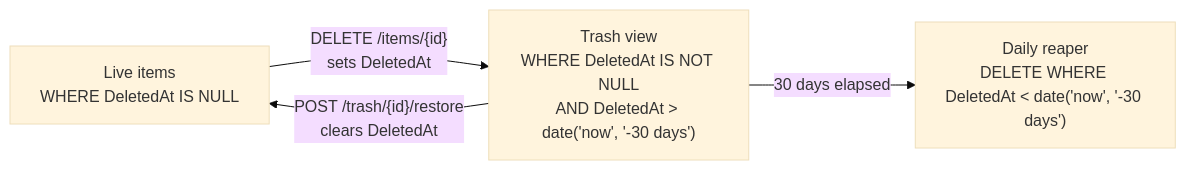
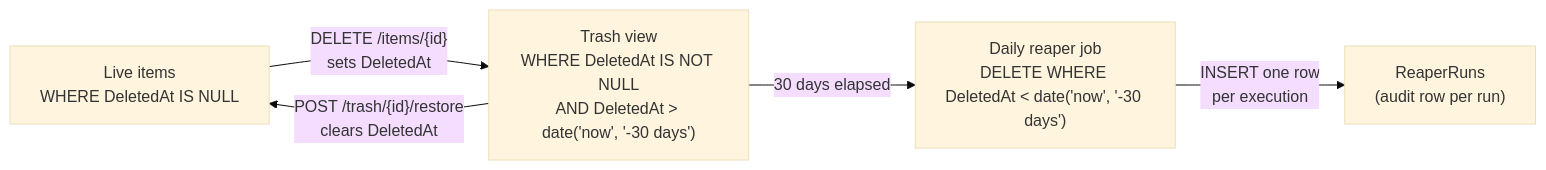
One commit to alimtvnetwork/workflowy-v3 changed the sixth of 10 diagrams in spec/31-app/07-db-diagram/04-feature-slices.md. Above: the diagram before and after it, drawn with Mermaid (base theme). The commit also changed other lines of this file, not shown here.

````diff
--- a/spec/31-app/07-db-diagram/04-feature-slices.md
+++ b/spec/31-app/07-db-diagram/04-feature-slices.md
@@ -192,10 +192,12 @@
 ```mermaid
 flowchart LR
     Live["Live items<br/>WHERE DeletedAt IS NULL"]
     Trash["Trash view<br/>WHERE DeletedAt IS NOT NULL<br/>AND DeletedAt &gt; date('now', '-30 days')"]
-    Reaper["Daily reaper<br/>DELETE WHERE DeletedAt &lt; date('now', '-30 days')"]
+    Reaper["Daily reaper job<br/>DELETE WHERE DeletedAt &lt; date('now', '-30 days')"]
+    ReaperRuns["ReaperRuns<br/>(audit row per run)"]
 
     Live -->|"DELETE /items/{id}<br/>sets DeletedAt"| Trash
     Trash -->|"POST /trash/{id}/restore<br/>clears DeletedAt"| Live
     Trash -->|"30 days elapsed"| Reaper
+    Reaper -->|"INSERT one row<br/>per execution"| ReaperRuns
 ```
````
